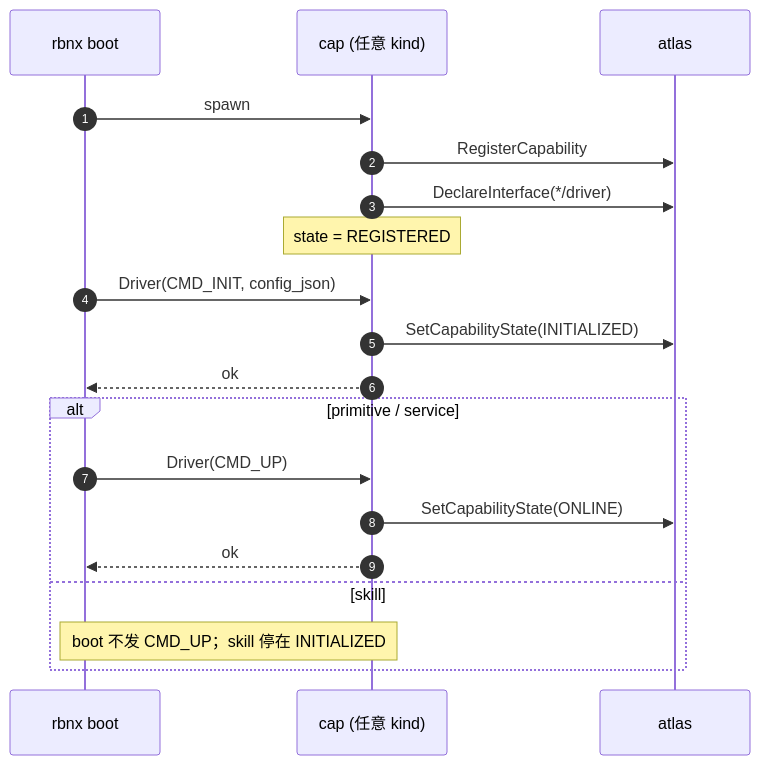
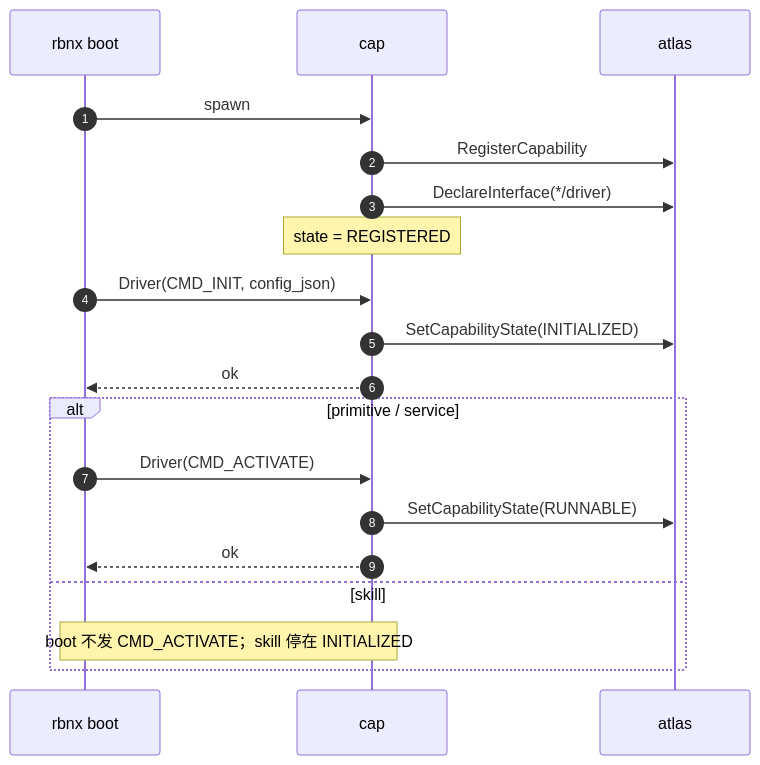
One commit to syswonder/robonix-book changed the second of 3 diagrams in src/architecture/cap-lifecycle.md. Above: the diagram before and after it, drawn with Mermaid. The commit also changed other lines of this file, not shown here.

First line of the commit message:
v0.1: rewrite cap-lifecycle.md for new state machine

````diff
--- a/src/architecture/cap-lifecycle.md
+++ b/src/architecture/cap-lifecycle.md
@@ -49,22 +68,22 @@
 ```mermaid
 sequenceDiagram
     autonumber
     participant B as rbnx boot
-    participant C as cap (任意 kind)
+    participant C as cap
     participant A as atlas
 
     B->>C: spawn
     C->>A: RegisterCapability
     C->>A: DeclareInterface(*/driver)
     Note over C: state = REGISTERED
     B->>C: Driver(CMD_INIT, config_json)
     C->>A: SetCapabilityState(INITIALIZED)
     C-->>B: ok
     alt primitive / service
-        B->>C: Driver(CMD_UP)
-        C->>A: SetCapabilityState(ONLINE)
+        B->>C: Driver(CMD_ACTIVATE)
+        C->>A: SetCapabilityState(RUNNABLE)
         C-->>B: ok
     else skill
-        Note over B,C: boot 不发 CMD_UP；skill 停在 INITIALIZED
+        Note over B,C: boot 不发 CMD_ACTIVATE；skill 停在 INITIALIZED
     end
 ```
````
